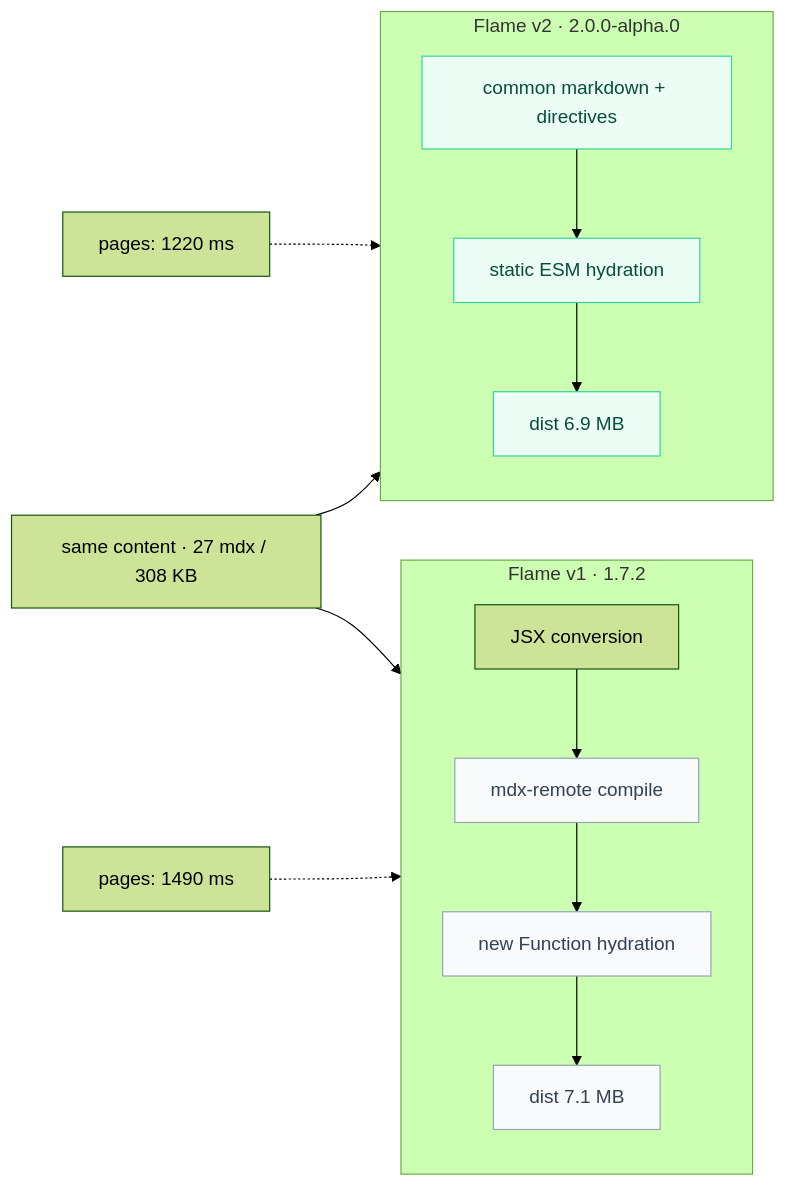
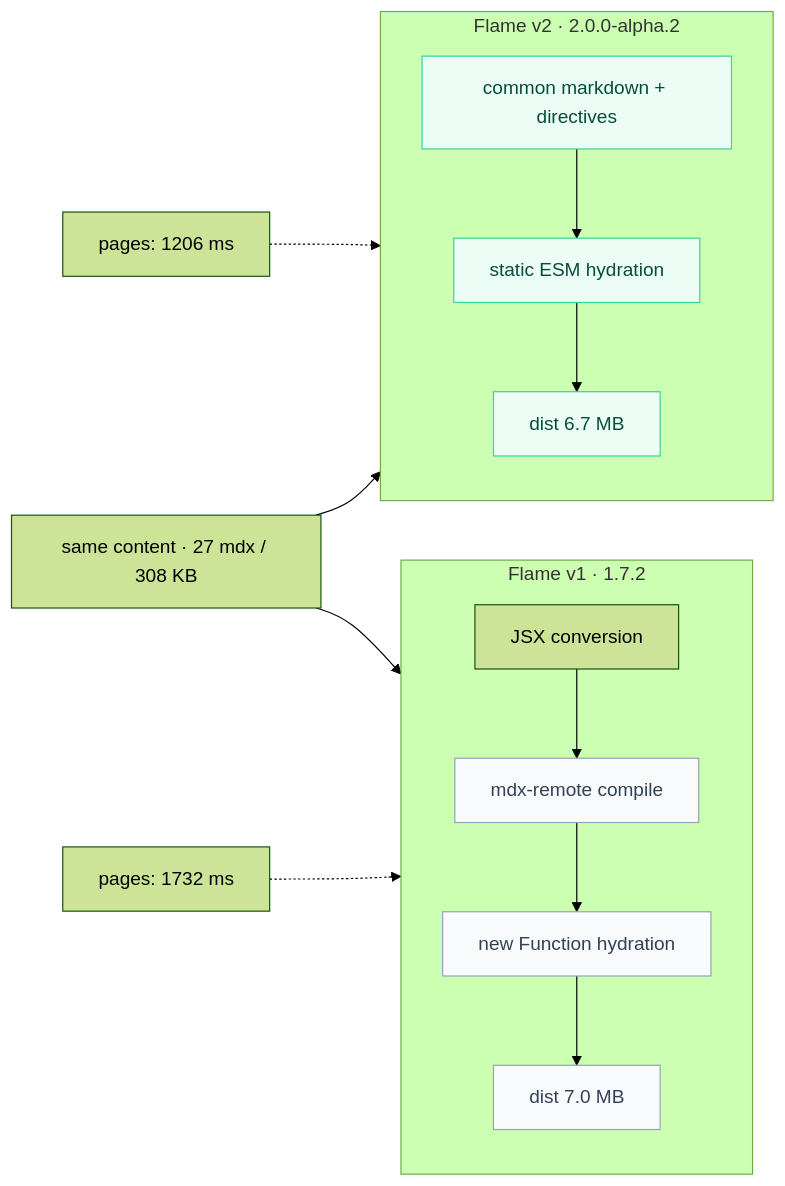
The first of 2 diagrams in packages/flame/docs/index.mdx (DocuBook/docubook), drawn with Mermaid (forest theme) before and after one commit. The commit also changed other lines of this file, not shown here.

Commit message:
docs(flame): refresh v1-vs-v2 performance benchmark with measured registry builds (#352)

````diff
--- a/packages/flame/docs/index.mdx
+++ b/packages/flame/docs/index.mdx
@@ -34,32 +34,32 @@
 ```mermaid
 flowchart LR
     classDef v1 fill:#f8fafc,stroke:#94a3b8,stroke-width:1px,color:#334155
     classDef v2 fill:#ecfdf5,stroke:#34d399,stroke-width:1px,color:#064e3b
     classDef note fill:#fef2f2,stroke:#f87171,stroke-width:1px,color:#7f1d1d
 
     RAW["same content · 27 mdx / 308 KB"] --> V1
     RAW --> V2
 
     subgraph V1["Flame v1 · 1.7.2"]
         direction TB
         C1["JSX conversion"]
         B1["mdx-remote compile"]
         H1["new Function hydration"]
-        D1["dist 7.1 MB"]
+        D1["dist 7.0 MB"]
         C1 --> B1 --> H1 --> D1
     end
-    subgraph V2["Flame v2 · 2.0.0-alpha.0"]
+    subgraph V2["Flame v2 · 2.0.0-alpha.2"]
         direction TB
         B2["common markdown + directives"]
         H2["static ESM hydration"]
-        D2["dist 6.9 MB"]
+        D2["dist 6.7 MB"]
         B2 --> H2 --> D2
     end
 
-    T1["pages: 1490 ms"] -.-> B1
-    T2["pages: 1220 ms"] -.-> B2
+    T1["pages: 1732 ms"] -.-> B1
+    T2["pages: 1206 ms"] -.-> B2
 
     class E1 note
     class B1,H1,D1 v1
     class B2,H2,D2 v2
 ```
````
